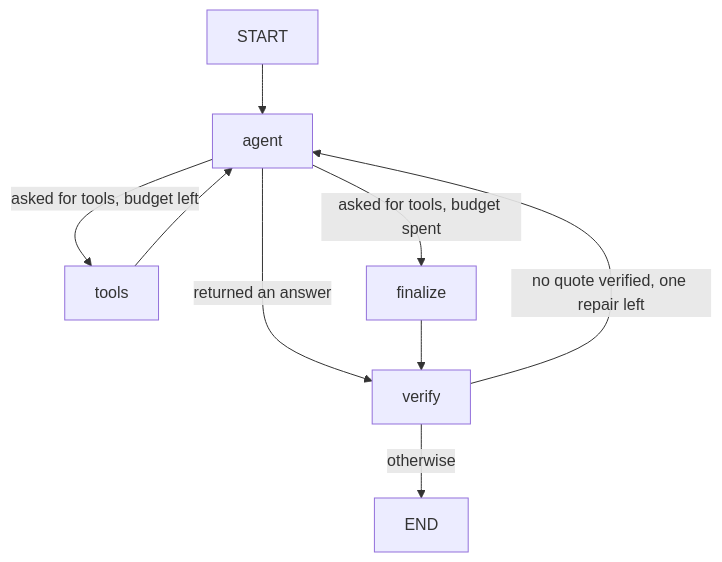
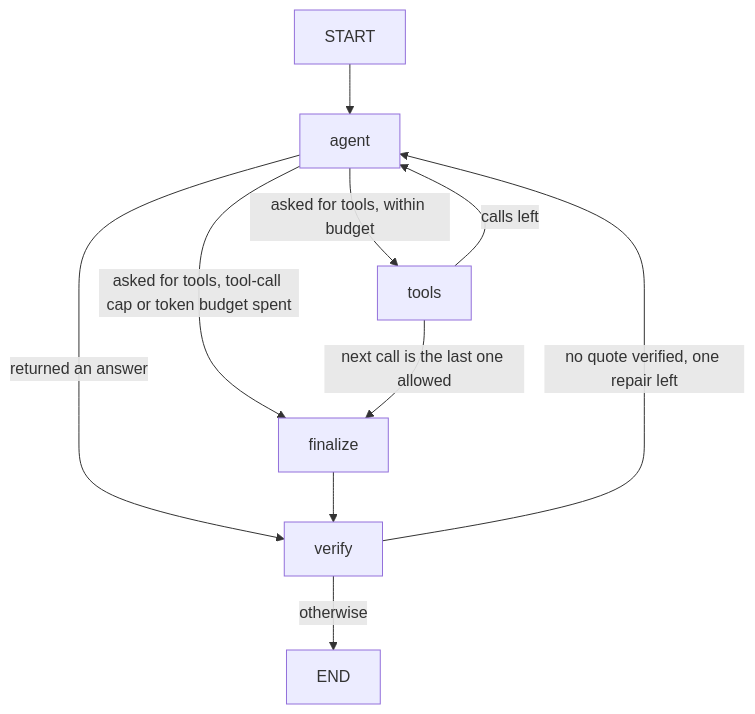
Before and after one commit to rolpe/filing-room: the diagram in PLAN_AGENT.md, drawn with Mermaid. The commit also changed other lines of this file and 4 other files, not shown here.

First line of the commit message:
Agent mode, increment 3: LangGraph tool loop with budgets and a backstop, tested with a scripted fake model

````diff
--- a/PLAN_AGENT.md
+++ b/PLAN_AGENT.md
@@ -60,11 +60,12 @@
 ```mermaid
 flowchart TD
     START --> agent
-    agent -->|asked for tools, budget left| tools
-    agent -->|asked for tools, budget spent| finalize
+    agent -->|asked for tools, within budget| tools
+    agent -->|asked for tools, tool-call cap or token budget spent| finalize
     agent -->|returned an answer| verify
-    tools --> agent
+    tools -->|calls left| agent
+    tools -->|next call is the last one allowed| finalize
     finalize --> verify
     verify -->|no quote verified, one repair left| agent
     verify -->|otherwise| END
 ```
````
